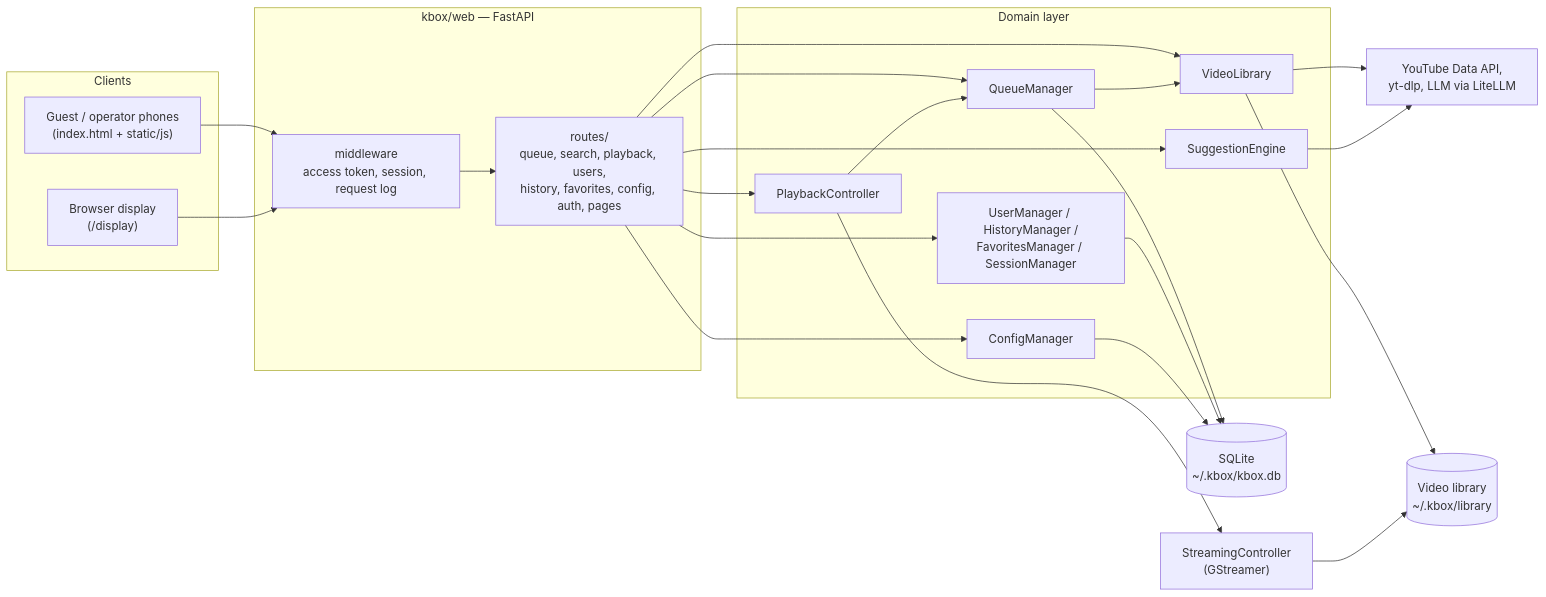
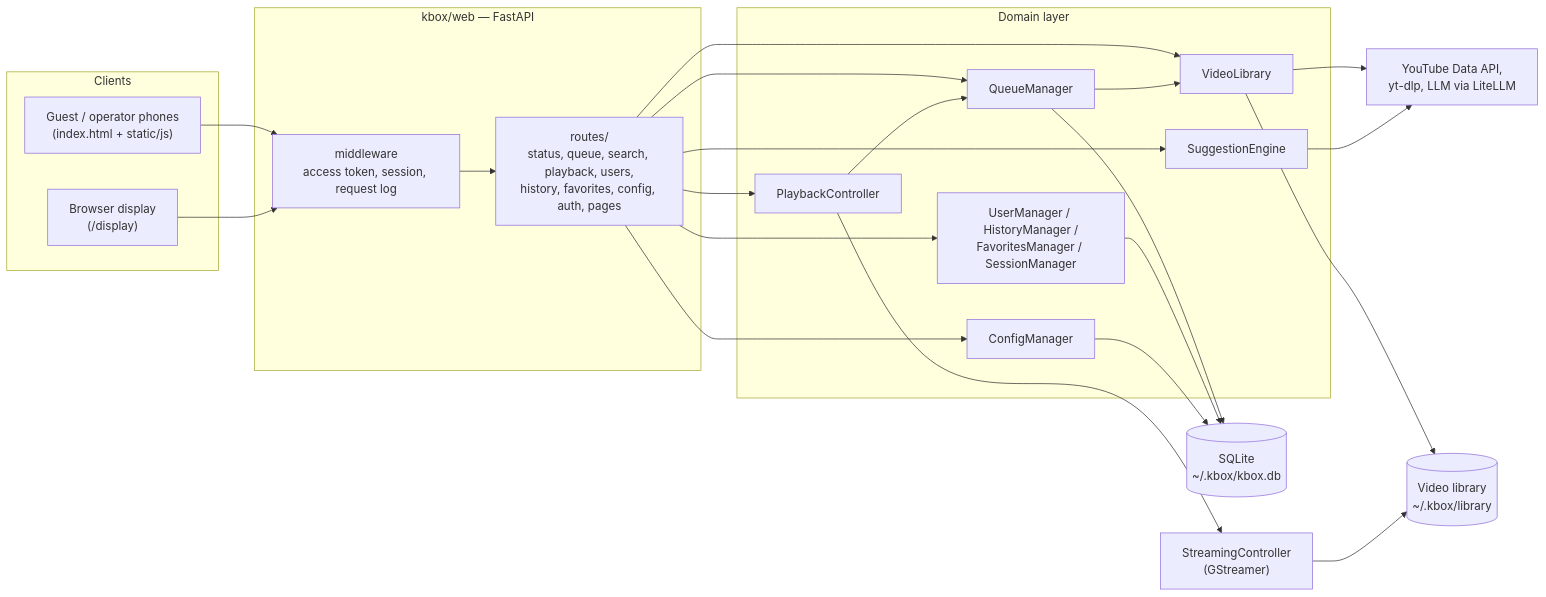
One commit to mdz/kbox changed the diagram in docs/development/architecture.md. Above: the diagram before and after it, drawn with Mermaid. The commit also changed other lines of this file and 18 other files, not shown here.

````diff
--- a/docs/development/architecture.md
+++ b/docs/development/architecture.md
@@ -15,37 +15,37 @@
 ```mermaid
 flowchart LR
     subgraph clients["Clients"]
         PHONE["Guest / operator phones<br/>(index.html + static/js)"]
         TV["Browser display<br/>(/display)"]
     end
 
     subgraph web["kbox/web — FastAPI"]
         MW["middleware<br/>access token, session, request log"]
-        ROUTES["routes/<br/>queue, search, playback, users,<br/>history, favorites, config, auth, pages"]
+        ROUTES["routes/<br/>status, queue, search, playback, users,<br/>history, favorites, config, auth, pages"]
     end
 
     subgraph core["Domain layer"]
         QM[QueueManager]
         PC[PlaybackController]
         VL[VideoLibrary]
         SE[SuggestionEngine]
         UM["UserManager / HistoryManager /<br/>FavoritesManager / SessionManager"]
         CM[ConfigManager]
     end
 
     SC["StreamingController<br/>(GStreamer)"]
     DB[("SQLite<br/>~/.kbox/kbox.db")]
     LIB[("Video library<br/>~/.kbox/library")]
     EXT["YouTube Data API,<br/>yt-dlp, LLM via LiteLLM"]
 
     PHONE --> MW --> ROUTES
     TV --> MW
     ROUTES --> QM & PC & VL & SE & UM & CM
     PC --> QM & SC
     QM --> VL
     VL --> EXT
     SE --> EXT
     VL --> LIB
     QM & UM & CM --> DB
     SC --> LIB
 ```
````
